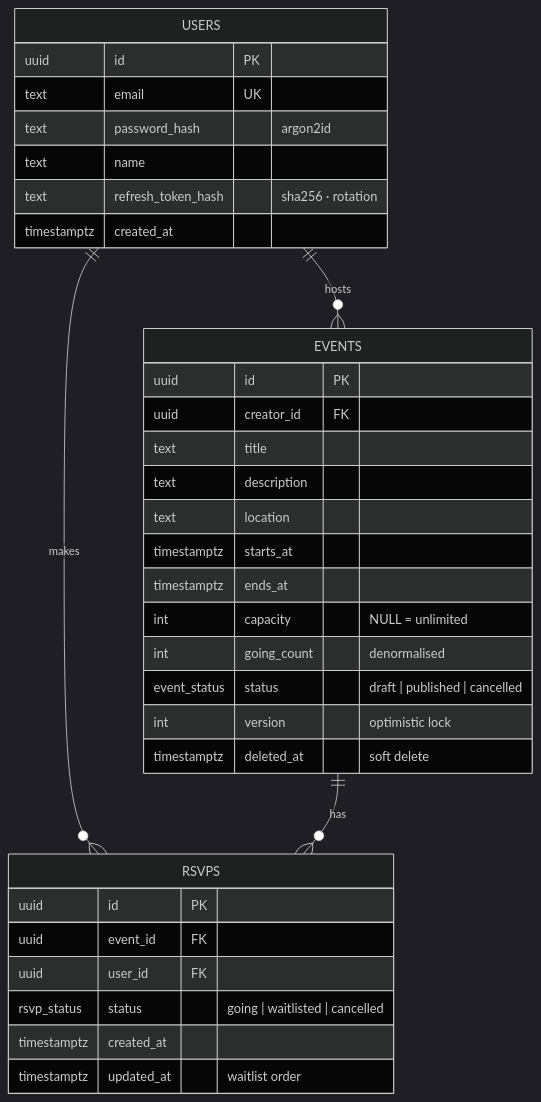
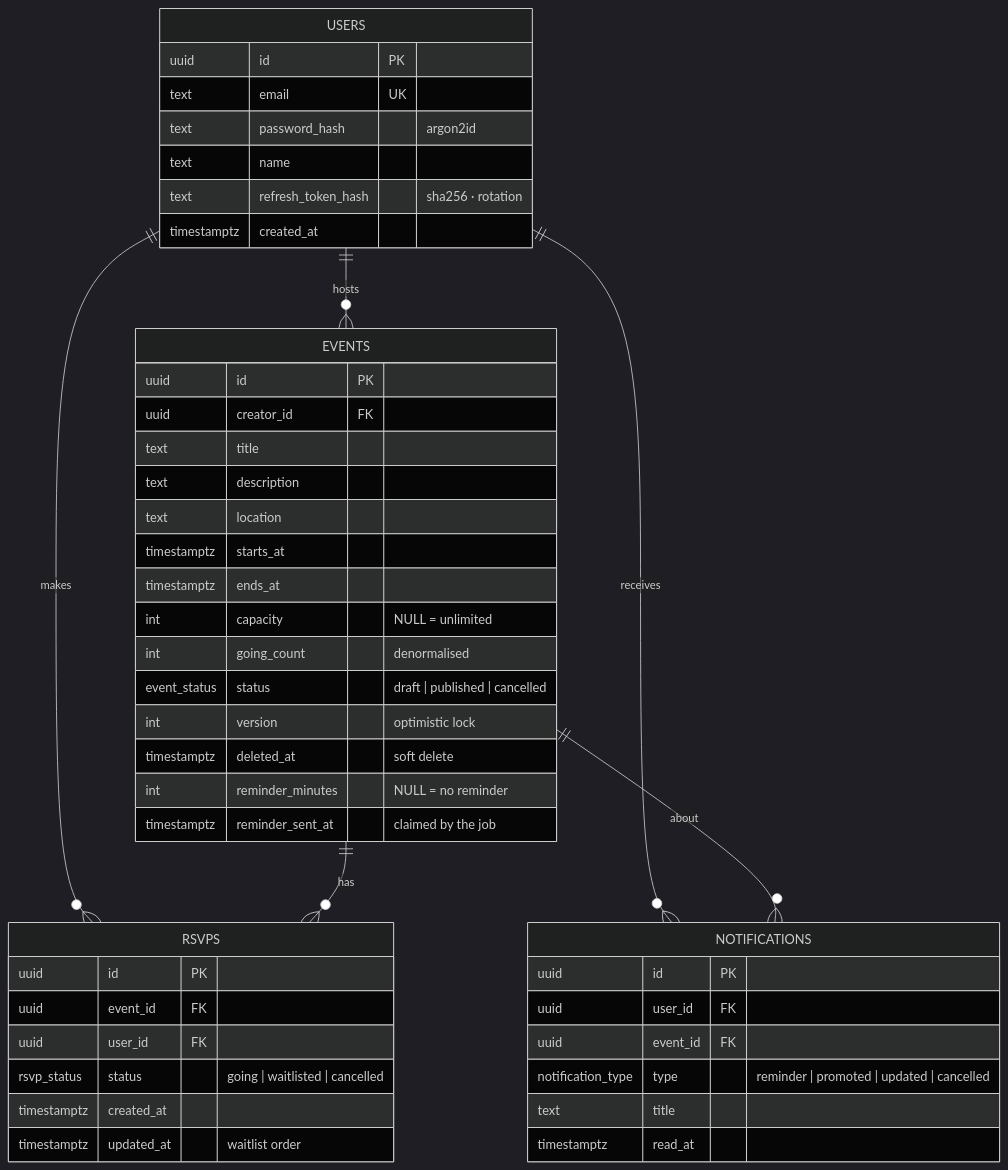
One commit to Harshit-Makraria/rescue-rituals changed the second of 3 diagrams in README.md. Above: the diagram before and after it, drawn with Mermaid (dark theme). The commit also changed other lines of this file and 61 other files, not shown here.

````diff
--- a/README.md
+++ b/README.md
@@ -129,36 +133,48 @@
 ```mermaid
 erDiagram
   USERS ||--o{ EVENTS : hosts
   USERS ||--o{ RSVPS : makes
   EVENTS ||--o{ RSVPS : has
+  USERS ||--o{ NOTIFICATIONS : receives
+  EVENTS ||--o{ NOTIFICATIONS : about
   USERS {
     uuid id PK
     text email UK
     text password_hash "argon2id"
     text name
     text refresh_token_hash "sha256 · rotation"
     timestamptz created_at
   }
   EVENTS {
     uuid id PK
     uuid creator_id FK
     text title
     text description
     text location
     timestamptz starts_at
     timestamptz ends_at
     int capacity "NULL = unlimited"
     int going_count "denormalised"
     event_status status "draft | published | cancelled"
     int version "optimistic lock"
     timestamptz deleted_at "soft delete"
+    int reminder_minutes "NULL = no reminder"
+    timestamptz reminder_sent_at "claimed by the job"
   }
   RSVPS {
     uuid id PK
     uuid event_id FK
     uuid user_id FK
     rsvp_status status "going | waitlisted | cancelled"
     timestamptz created_at
     timestamptz updated_at "waitlist order"
   }
+  NOTIFICATIONS {
+    uuid id PK
+    uuid user_id FK
+    uuid event_id FK
+    notification_type type "reminder | promoted | updated | cancelled"
+    text title
+    timestamptz read_at
+  }
 ```
````
